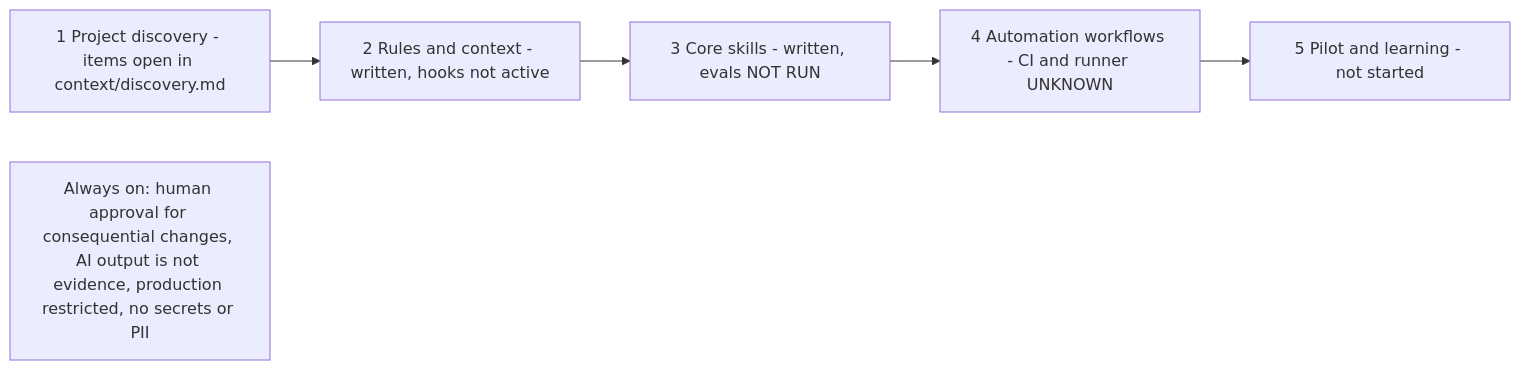
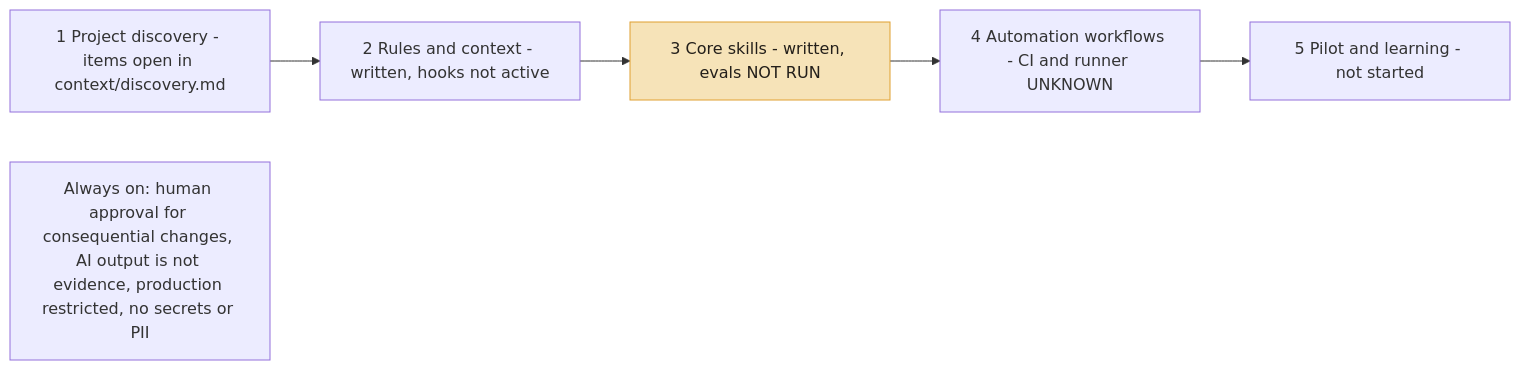
One commit to oleksandrkodua/AIQA-STLC-Concept changed the diagram in docs/schemes/09-mvp-implementation-plan.md. Above: the diagram before and after it, drawn with Mermaid. The commit also changed 48 other files, not shown here.

First line of the commit message:
Course design system: one palette, tokens, type scale, rules for new lessons

````diff
--- a/docs/schemes/09-mvp-implementation-plan.md
+++ b/docs/schemes/09-mvp-implementation-plan.md
@@ -7,8 +7,15 @@
 ```mermaid
 flowchart LR
   S1["1 Project discovery - items open in context/discovery.md"] --> S2["2 Rules and context - written, hooks not active"]
   S2 --> S3["3 Core skills - written, evals NOT RUN"]
   S3 --> S4["4 Automation workflows - CI and runner UNKNOWN"]
   S4 --> S5["5 Pilot and learning - not started"]
   AO["Always on: human approval for consequential changes, AI output is not evidence, production restricted, no secrets or PII"]
+  %% status colours: training/lessons/_design/README.md (always with the word on the node)
+  classDef ok fill:#E4EDDD,stroke:#4E7A3A,color:#1E4A2E
+  classDef draft fill:#F6E3B8,stroke:#E0A030,color:#231F1A
+  classDef fail fill:#F3D9D1,stroke:#8A2A1A,color:#8A2A1A
+  classDef off fill:#F9F3E5,stroke:#4A4339,stroke-dasharray:4 3,color:#4A4339
+  classDef gate fill:#FFFBF0,stroke:#231F1A,stroke-width:3px,color:#231F1A
+  class S3 draft
 ```
````
